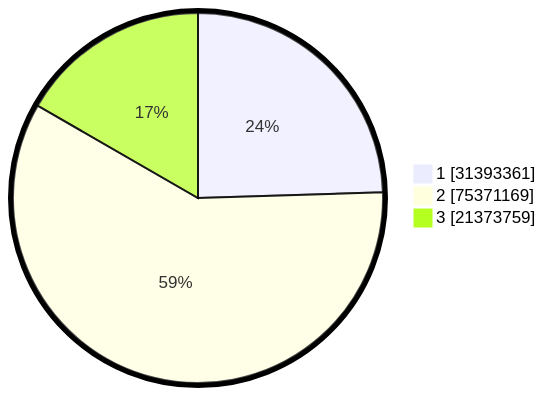
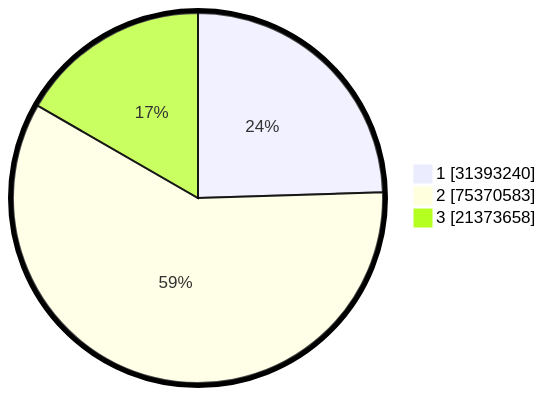
The second of 2 diagrams in pilpres/hitung-suara/README.md (gigit-pemilu/pemilu-2024), drawn with Mermaid before and after one commit. The commit also changed other lines of this file and 4 other files, not shown here.

````diff
--- a/pilpres/hitung-suara/README.md
+++ b/pilpres/hitung-suara/README.md
@@ -93,7 +93,7 @@
 ```mermaid
 %%{init: {"pie": {"textPosition": 0.5}, "themeVariables": {"pieOuterStrokeWidth": "5px"}} }%%
 pie showData
-    "1" : 31393361
-    "2" : 75371169
-    "3" : 21373759
+    "1" : 31393240
+    "2" : 75370583
+    "3" : 21373658
 ```
````
